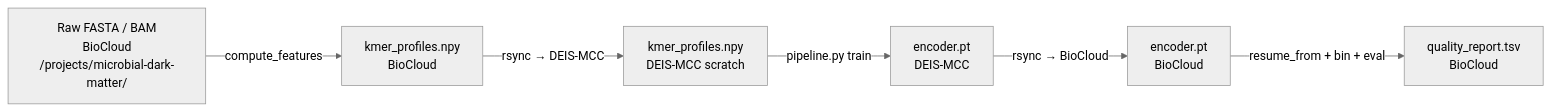
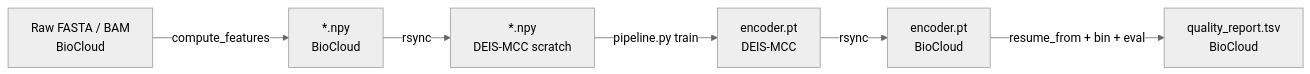
The diagram in docs/06-hpc/data-flow.md (Tinnifo/MegoBin), drawn with Mermaid (neutral theme) before and after one commit. The commit also changed other lines of this file and 20 other files, not shown here.

````diff
--- a/docs/06-hpc/data-flow.md
+++ b/docs/06-hpc/data-flow.md
@@ -7,8 +7,8 @@
 ```mermaid
 flowchart LR
-    DATA[Raw FASTA / BAM<br/>BioCloud<br/>/projects/microbial-dark-matter/] -->|compute_features| FEAT[kmer_profiles.npy<br/>BioCloud]
-    FEAT -->|rsync → DEIS-MCC| FEAT2[kmer_profiles.npy<br/>DEIS-MCC scratch]
+    DATA[Raw FASTA / BAM<br/>BioCloud] -->|compute_features| FEAT[*.npy<br/>BioCloud]
+    FEAT -->|rsync| FEAT2[*.npy<br/>DEIS-MCC scratch]
     FEAT2 -->|pipeline.py train| CKPT[encoder.pt<br/>DEIS-MCC]
-    CKPT -->|rsync → BioCloud| CKPT2[encoder.pt<br/>BioCloud]
+    CKPT -->|rsync| CKPT2[encoder.pt<br/>BioCloud]
     CKPT2 -->|resume_from + bin + eval| REPORT[quality_report.tsv<br/>BioCloud]
 ```
````
